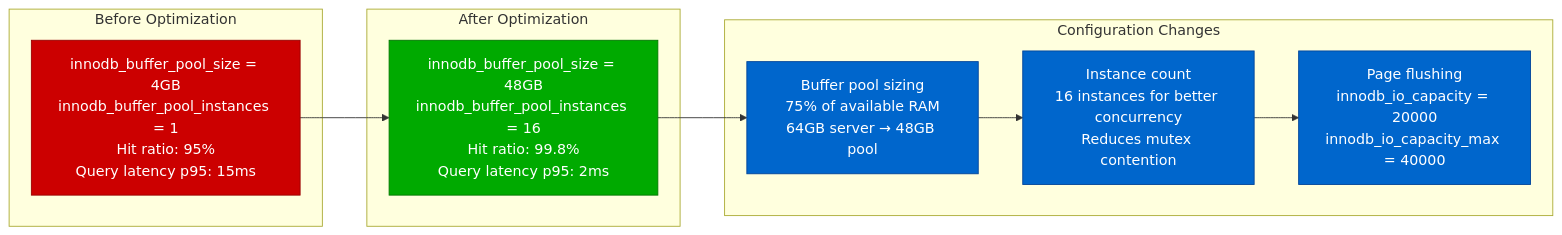
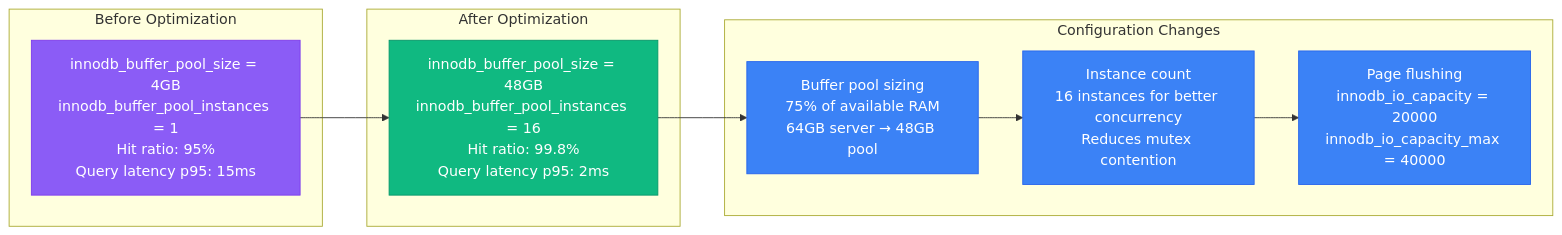
Before and after one commit to deepaucksharma/DS: the second of 11 diagrams in site/docs/performance/mysql-performance-profile.md, drawn with Mermaid. The commit also changed other lines of this file and 303 other files, not shown here.

````diff
--- a/site/docs/performance/mysql-performance-profile.md
+++ b/site/docs/performance/mysql-performance-profile.md
@@ -103,31 +103,31 @@
 ```mermaid
 graph LR
     subgraph "Before Optimization"
         B1[innodb_buffer_pool_size = 4GB<br/>innodb_buffer_pool_instances = 1<br/>Hit ratio: 95%<br/>Query latency p95: 15ms]
     end
 
     subgraph "After Optimization"
         A1[innodb_buffer_pool_size = 48GB<br/>innodb_buffer_pool_instances = 16<br/>Hit ratio: 99.8%<br/>Query latency p95: 2ms]
     end
 
     subgraph "Configuration Changes"
         C1[Buffer pool sizing<br/>75% of available RAM<br/>64GB server → 48GB pool]
 
         C2[Instance count<br/>16 instances for better concurrency<br/>Reduces mutex contention]
 
         C3[Page flushing<br/>innodb_io_capacity = 20000<br/>innodb_io_capacity_max = 40000]
     end
 
     B1 --> A1
     A1 --> C1
     C1 --> C2
     C2 --> C3
 
-    classDef beforeStyle fill:#CC0000,stroke:#990000,color:#fff
-    classDef afterStyle fill:#00AA00,stroke:#007700,color:#fff
-    classDef configStyle fill:#0066CC,stroke:#004499,color:#fff
+    classDef beforeStyle fill:#8B5CF6,stroke:#7C3AED,color:#fff
+    classDef afterStyle fill:#10B981,stroke:#059669,color:#fff
+    classDef configStyle fill:#3B82F6,stroke:#2563EB,color:#fff
 
     class B1 beforeStyle
     class A1 afterStyle
     class C1,C2,C3 configStyle
 ```
````
